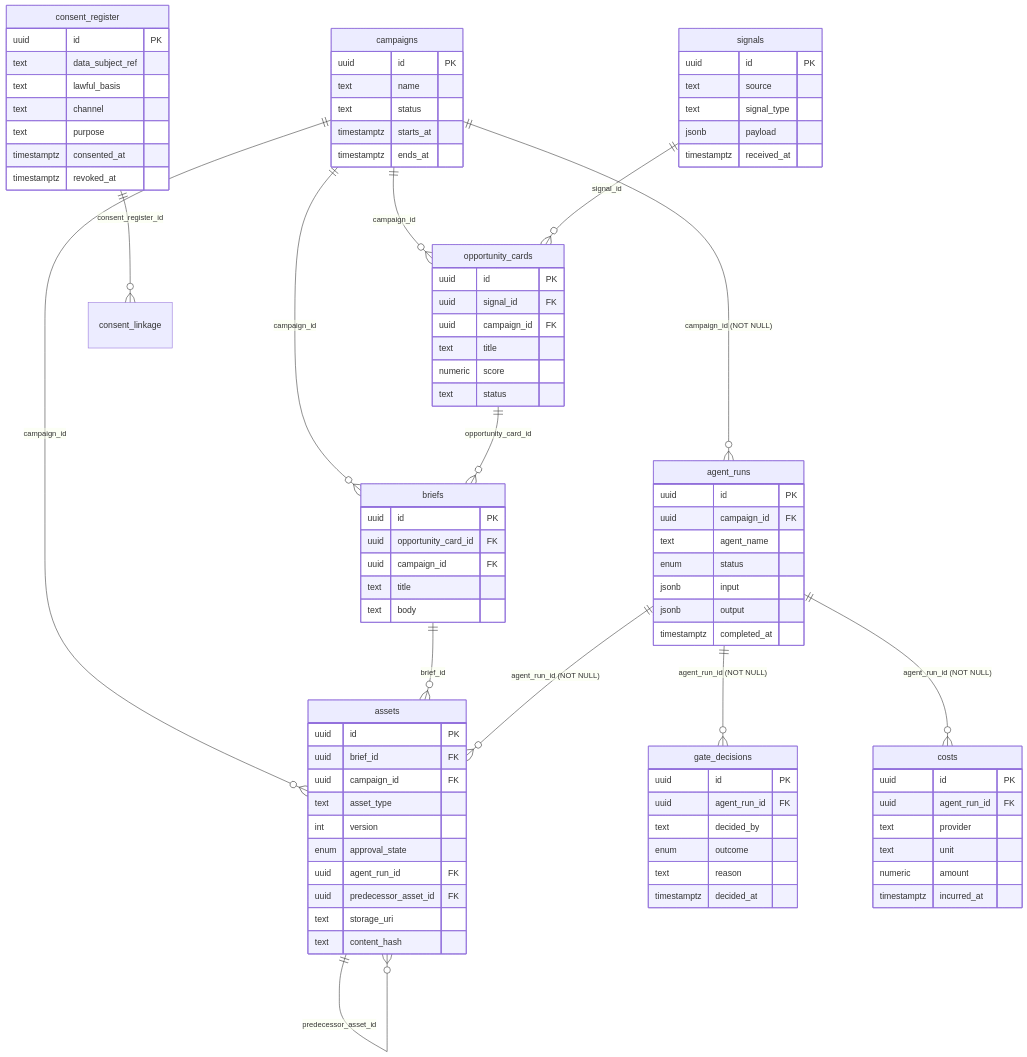
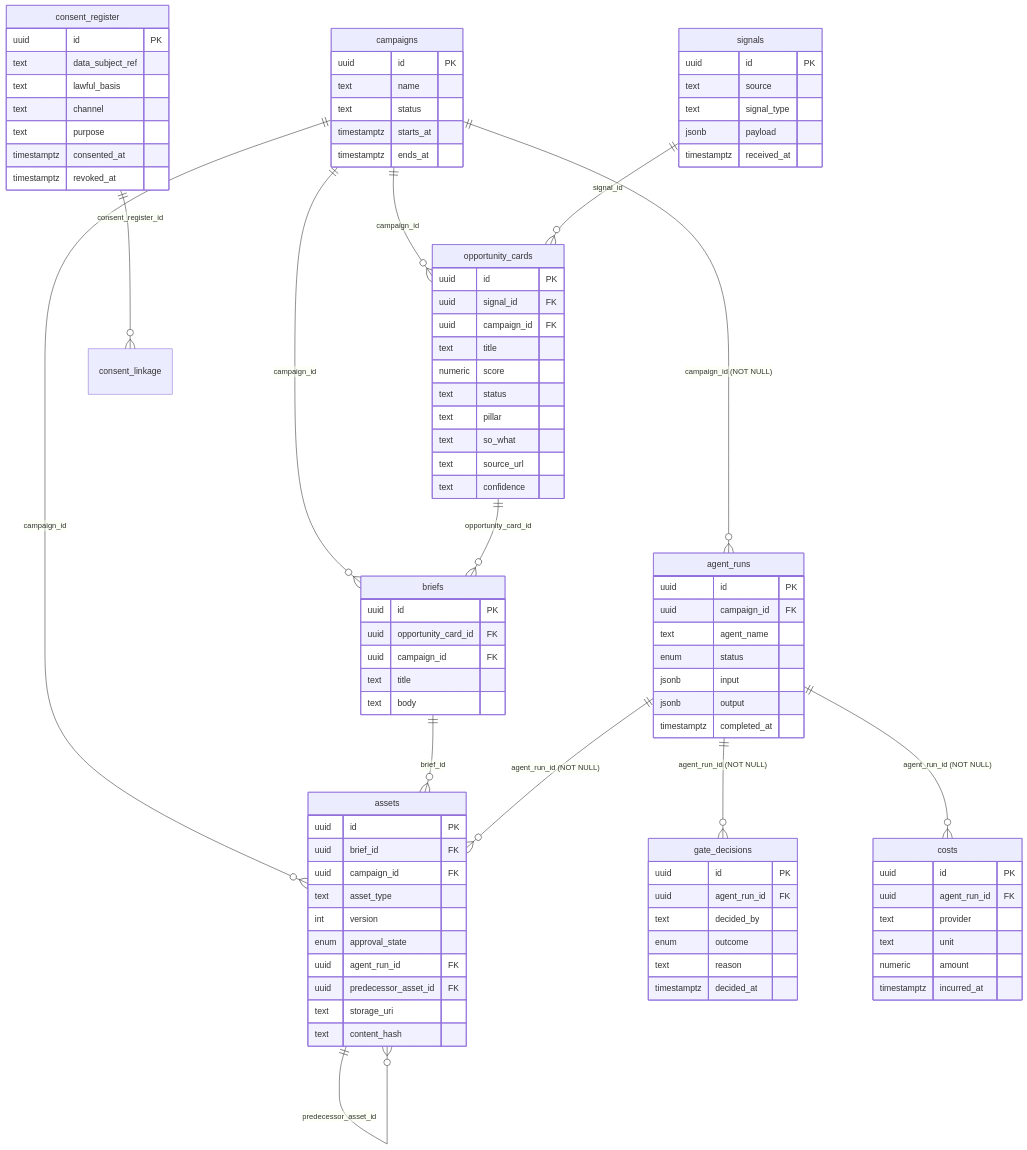
The first of 2 diagrams in docs/architecture/04-data-model.md (rooipiet-tech/Canvas-Marketing-OS), drawn with Mermaid before and after one commit. The commit also changed other lines of this file and 7 other files, not shown here.

```diff
--- a/docs/architecture/04-data-model.md
+++ b/docs/architecture/04-data-model.md
@@ -43,6 +43,10 @@
     text title
     numeric score
     text status
+    text pillar
+    text so_what
+    text source_url
+    text confidence
   }
   briefs {
     uuid id PK
```
